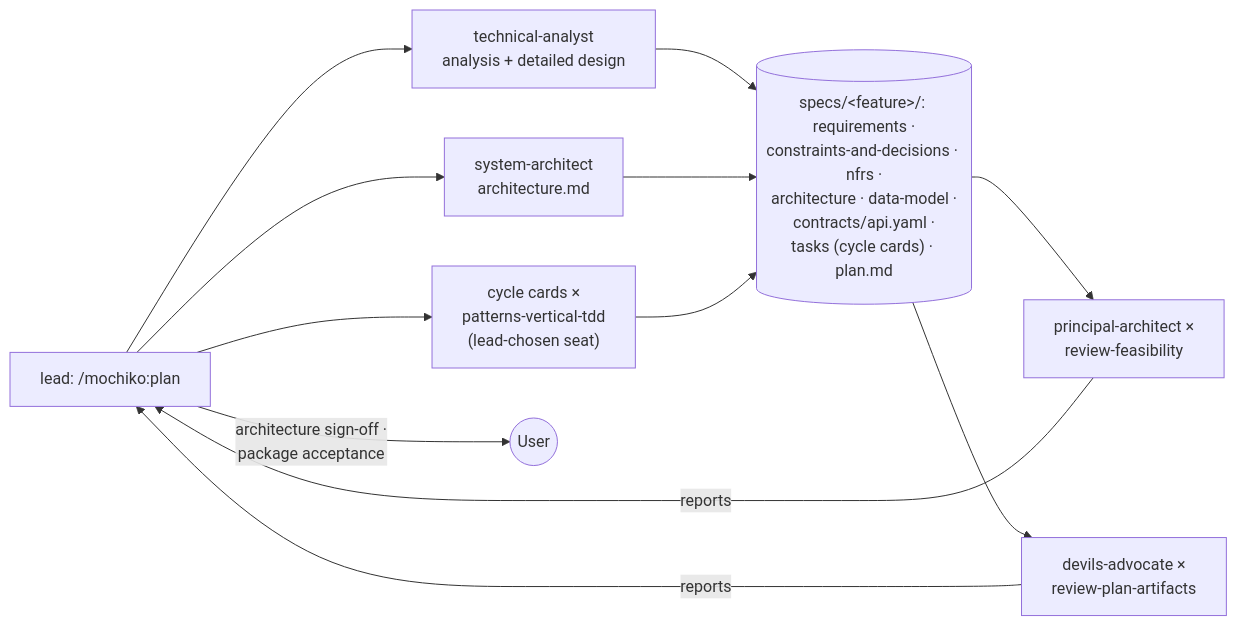
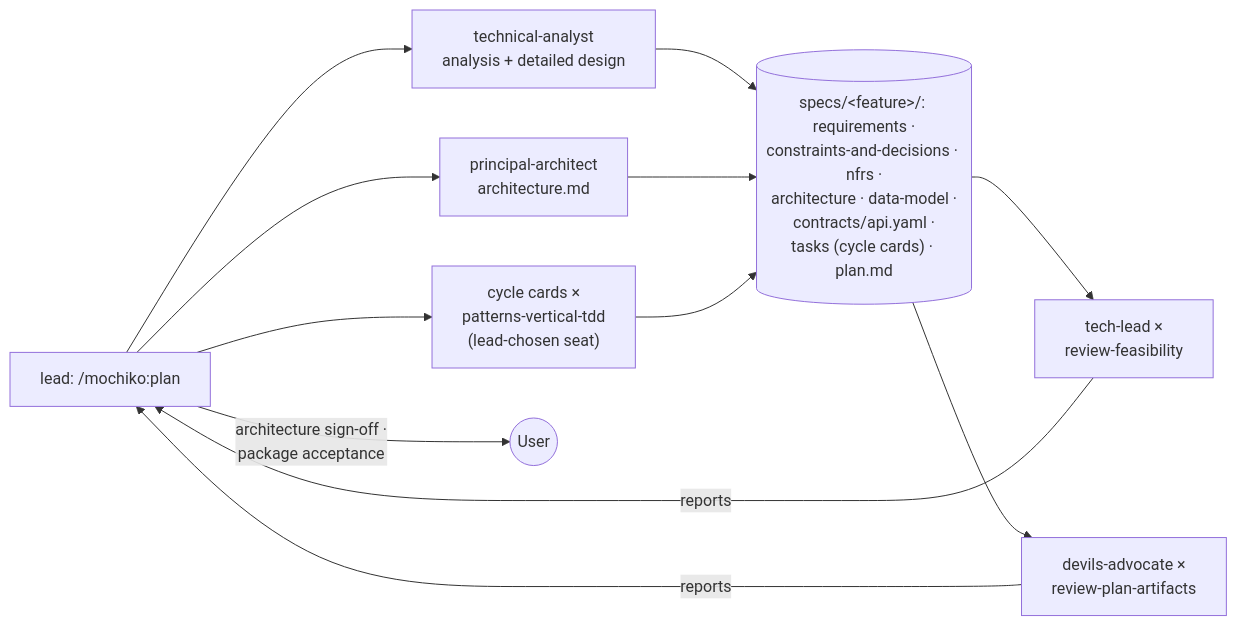
Before and after one commit to humaninloop-dev/mochiko: the sixth of 7 diagrams in ARCHITECTURE.md, drawn with Mermaid. The commit also changed other lines of this file and 48 other files, not shown here.

First line of the commit message:
Combined build wave v0.67.0: plan-the-plan gate + architect rotation + remove-shaped review posture

````diff
--- a/ARCHITECTURE.md
+++ b/ARCHITECTURE.md
@@ -215,14 +215,14 @@
 ```mermaid
 flowchart LR
   lead["lead: /mochiko:plan"]
   ta["technical-analyst<br/>analysis + detailed design"]
-  sa["system-architect<br/>architecture.md"]
+  sa["principal-architect<br/>architecture.md"]
   cards["cycle cards ×<br/>patterns-vertical-tdd<br/>(lead-chosen seat)"]
-  feas["principal-architect ×<br/>review-feasibility"]
+  feas["tech-lead ×<br/>review-feasibility"]
   comp["devils-advocate ×<br/>review-plan-artifacts"]
   lead --> ta & sa & cards
   ta & sa & cards --> pkg[("specs/&lt;feature&gt;/: requirements ·<br/>constraints-and-decisions · nfrs ·<br/>architecture · data-model ·<br/>contracts/api.yaml ·<br/>tasks (cycle cards) · plan.md")]
   pkg --> feas & comp
   feas & comp -->|"reports"| lead
   lead -->|"architecture sign-off ·<br/>package acceptance"| user(("User"))
 ```
````
